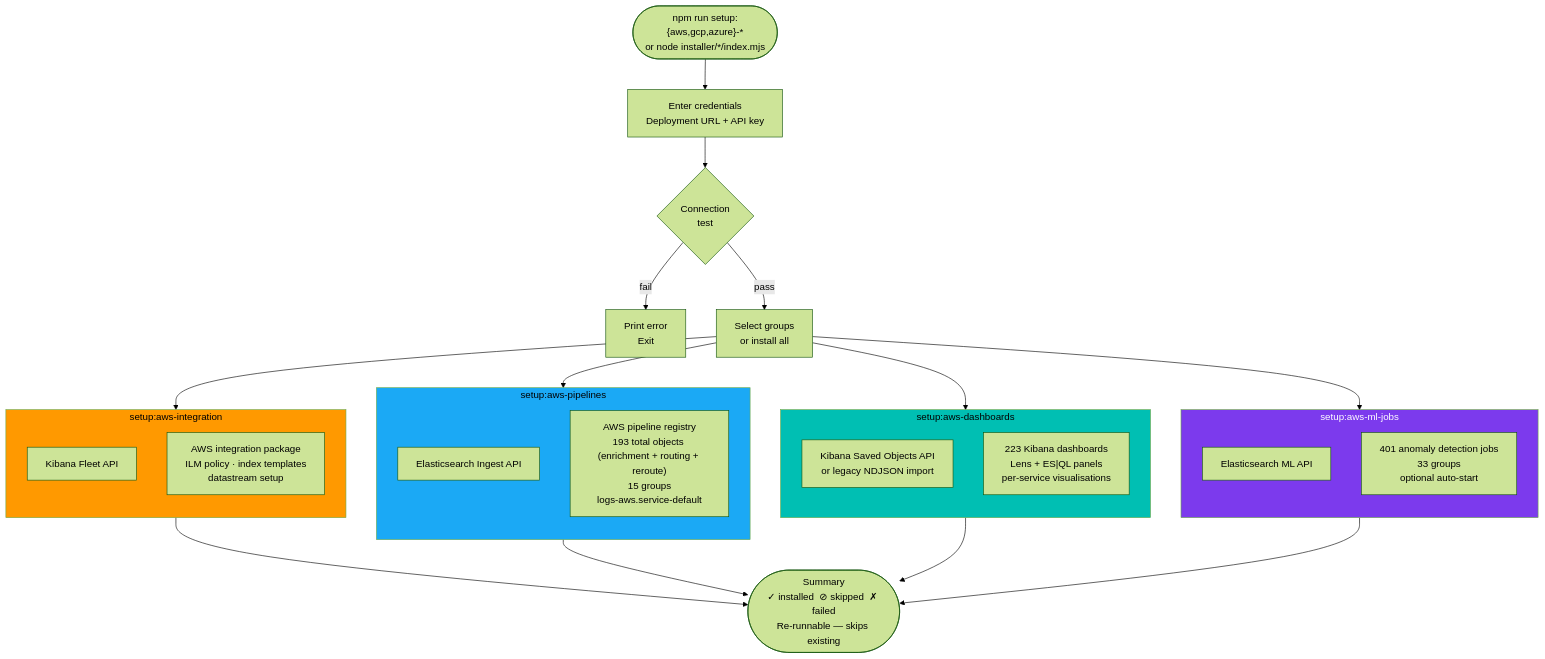
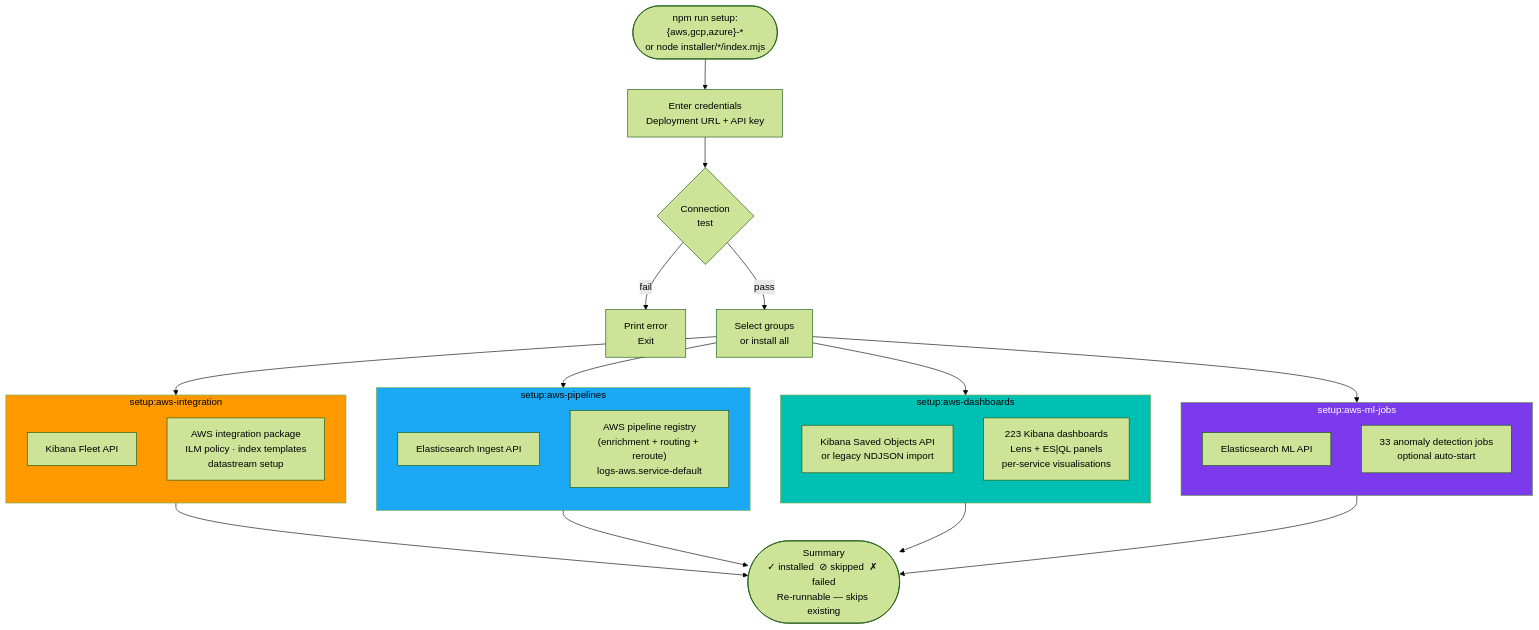
One commit to rkernutt/cloud-to-elastic-load-generator changed the fourth of 14 diagrams in docs/diagrams.md. Above: the diagram before and after it, drawn with Mermaid (forest theme). The commit also changed other lines of this file and 59 other files, not shown here.

````diff
--- a/docs/diagrams.md
+++ b/docs/diagrams.md
@@ -286,47 +286,47 @@
 ```mermaid
 flowchart TD
     START(["npm run setup:{aws,gcp,azure}-*\nor node installer/*/index.mjs"]) --> AUTH
 
     AUTH["Enter credentials\nDeployment URL + API key"]
     AUTH --> TEST{"Connection\ntest"}
     TEST -->|"fail"| ERR1["Print error\nExit"]
     TEST -->|"pass"| MENU["Select groups\nor install all"]
 
     MENU --> I1 & I2 & I3 & I4
 
     subgraph I1["setup:aws-integration"]
         direction TB
         A1["Kibana Fleet API"]
         A2["AWS integration package\nILM policy · index templates\ndatastream setup"]
     end
 
     subgraph I2["setup:aws-pipelines"]
         direction TB
         B1["Elasticsearch Ingest API"]
-        B2["AWS pipeline registry\n193 total objects (enrichment + routing + reroute)\n15 groups\nlogs-aws.service-default"]
+        B2["AWS pipeline registry\n(enrichment + routing + reroute)\nlogs-aws.service-default"]
     end
 
     subgraph I3["setup:aws-dashboards"]
         direction TB
         C1["Kibana Saved Objects API\nor legacy NDJSON import"]
         C2["223 Kibana dashboards\nLens + ES|QL panels\nper-service visualisations"]
     end
 
     subgraph I4["setup:aws-ml-jobs"]
         direction TB
         D1["Elasticsearch ML API"]
-        D2["401 anomaly detection jobs\n33 groups\noptional auto-start"]
+        D2["33 anomaly detection jobs\noptional auto-start"]
     end
 
     I1 --> DONE
     I2 --> DONE
     I3 --> DONE
     I4 --> DONE
 
     DONE(["Summary\n✓ installed  ⊘ skipped  ✗ failed\nRe-runnable — skips existing"])
 
     style I1 fill:#FF9900,color:#000
     style I2 fill:#1BA9F5,color:#000
     style I3 fill:#00BFB3,color:#000
     style I4 fill:#7C3AED,color:#fff
 ```
````
